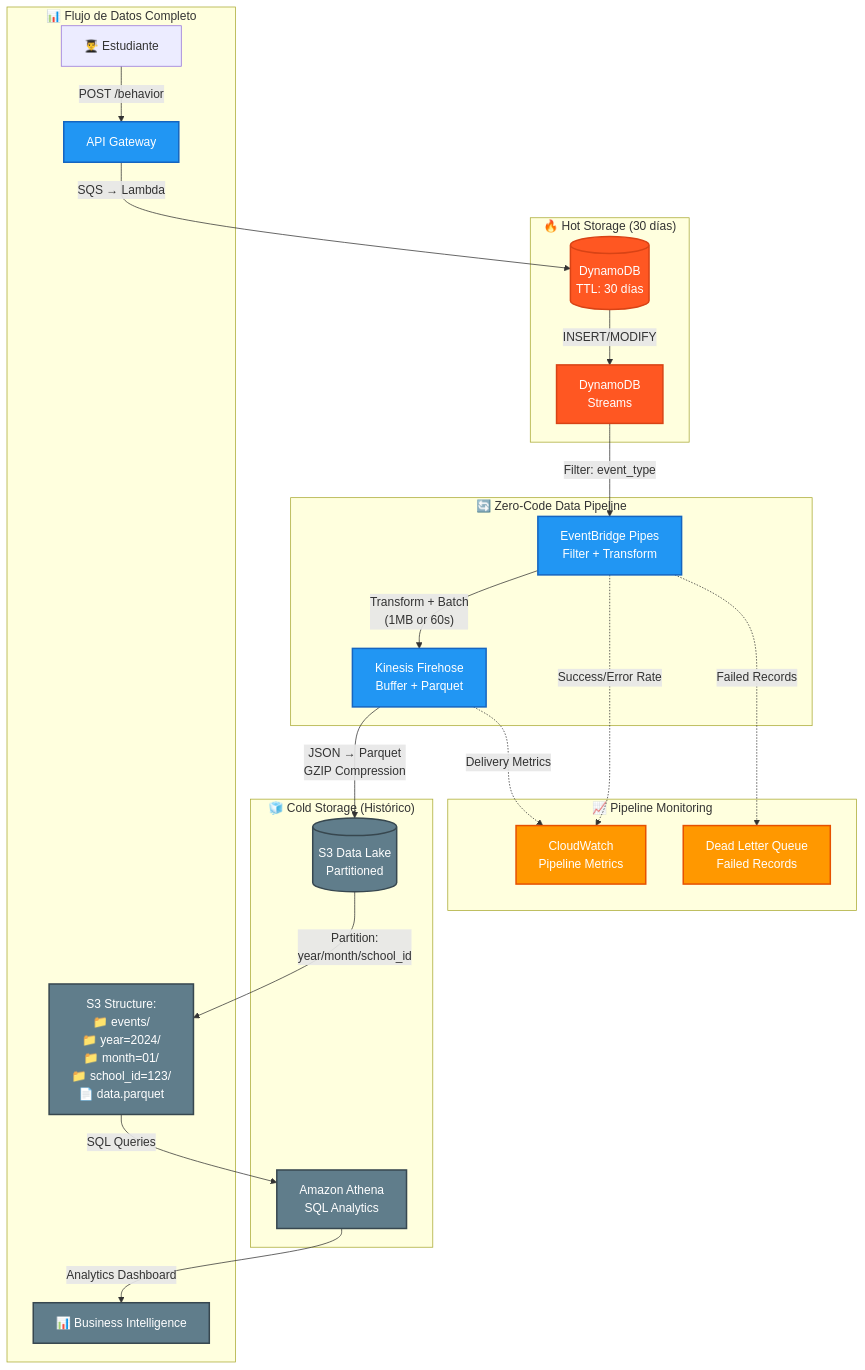
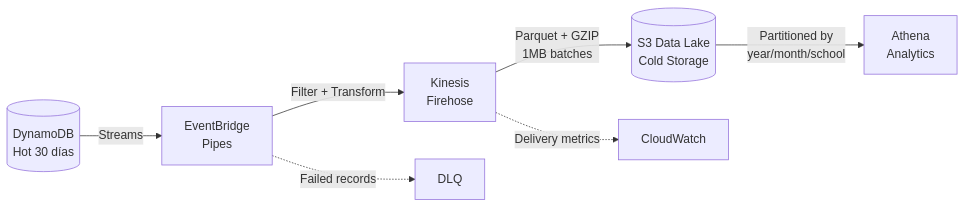
Before and after one commit to fabzter/luca-home-assessment: the fifth of 5 diagrams in README.md, drawn with Mermaid. The commit also changed other lines of this file and 1 other file, not shown here.

````diff
--- a/README.md
+++ b/README.md
@@ -460,54 +233,10 @@
 ```mermaid
-flowchart TB
-    subgraph HotStorage ["🔥 Hot Storage (30 días)"]
-        DB[(DynamoDB<br/>TTL: 30 días)]
-        DBStreams[DynamoDB<br/>Streams]
-    end
+flowchart LR
+    DDB[(DynamoDB<br/>Hot 30 días)] -->|Streams| Pipes[EventBridge<br/>Pipes]
+    Pipes -->|Filter + Transform| Firehose[Kinesis<br/>Firehose]
+    Firehose -->|Parquet + GZIP<br/>1MB batches| S3[(S3 Data Lake<br/>Cold Storage)]
+    S3 -->|Partitioned by<br/>year/month/school| Athena[Athena<br/>Analytics]
     
-    subgraph Pipeline ["🔄 Zero-Code Data Pipeline"]
-        Pipes[EventBridge Pipes<br/>Filter + Transform]
-        Firehose[Kinesis Firehose<br/>Buffer + Parquet]
-    end
-    
-    subgraph ColdStorage ["🧊 Cold Storage (Histórico)"]
-        S3[(S3 Data Lake<br/>Partitioned)]
-        Athena[Amazon Athena<br/>SQL Analytics]
-    end
-    
-    subgraph DataFlow ["📊 Flujo de Datos Completo"]
-        Student[👨‍🎓 Estudiante] -->|"POST /behavior"| API[API Gateway]
-        API -->|"SQS → Lambda"| DB
-        
-        DB -->|"INSERT/MODIFY"| DBStreams
-        DBStreams -->|"Filter: event_type"| Pipes
-        
-        Pipes -->|"Transform + Batch<br/>(1MB or 60s)"| Firehose
-        
-        Firehose -->|"JSON → Parquet<br/>GZIP Compression"| S3
-        
-        S3 -->|"Partition:<br/>year/month/school_id"| S3Partitions[S3 Structure:<br/>📁 events/<br/>  📁 year=2024/<br/>    📁 month=01/<br/>      📁 school_id=123/<br/>        📄 data.parquet]
-        
-        S3Partitions -->|"SQL Queries"| Athena
-        
-        Athena -->|"Analytics Dashboard"| Dashboard[📊 Business Intelligence]
-    end
-    
-    subgraph Monitoring ["📈 Pipeline Monitoring"]
-        CW[CloudWatch<br/>Pipeline Metrics]
-        DLQ[Dead Letter Queue<br/>Failed Records]
-        
-        Pipes -.->|"Success/Error Rate"| CW
-        Firehose -.->|"Delivery Metrics"| CW
-        Pipes -.->|"Failed Records"| DLQ
-    end
-    
-    classDef hot fill:#ff5722,stroke:#d84315,stroke-width:2px,color:#fff
-    classDef pipeline fill:#2196f3,stroke:#1565c0,stroke-width:2px,color:#fff  
-    classDef cold fill:#607d8b,stroke:#37474f,stroke-width:2px,color:#fff
-    classDef monitor fill:#ff9800,stroke:#e65100,stroke-width:2px,color:#fff
-    
-    class DB,DBStreams hot
-    class Pipes,Firehose,API pipeline
-    class S3,S3Partitions,Athena,Dashboard cold
-    class CW,DLQ monitor
+    Pipes -.->|Failed records| DLQ2[DLQ]
+    Firehose -.->|Delivery metrics| CW2[CloudWatch]
 ```
````
